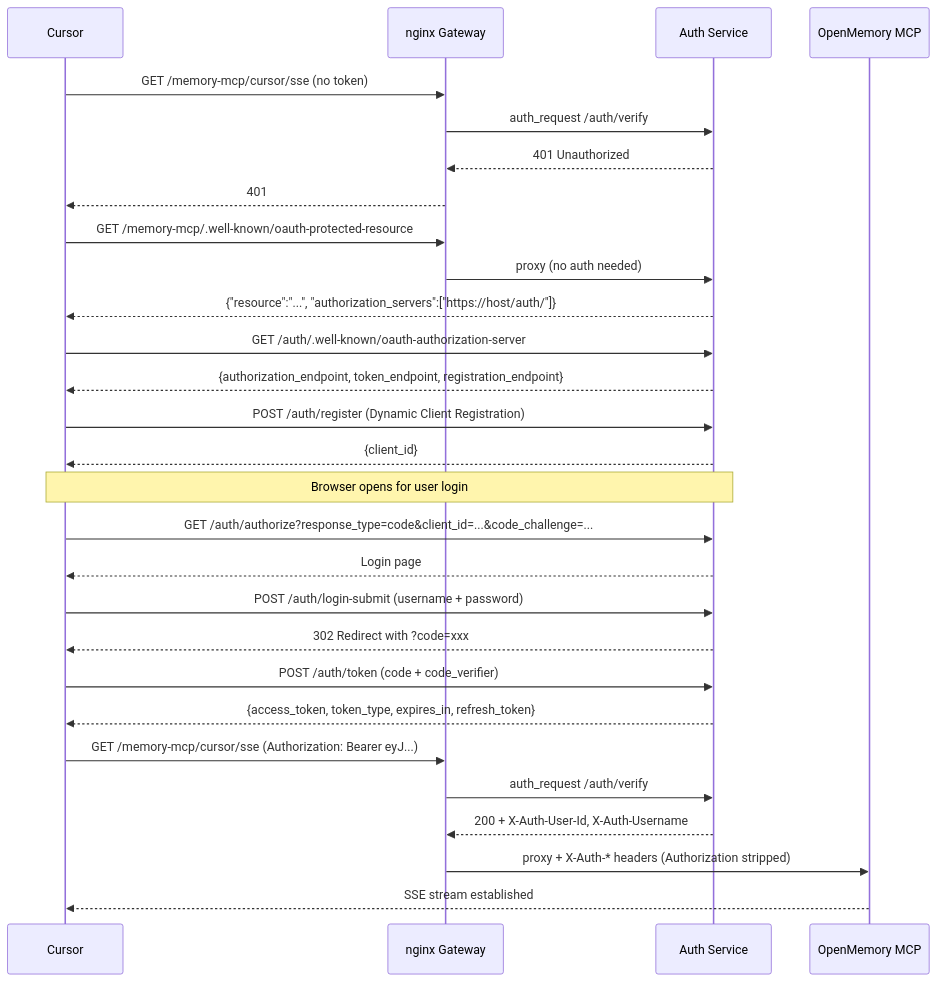
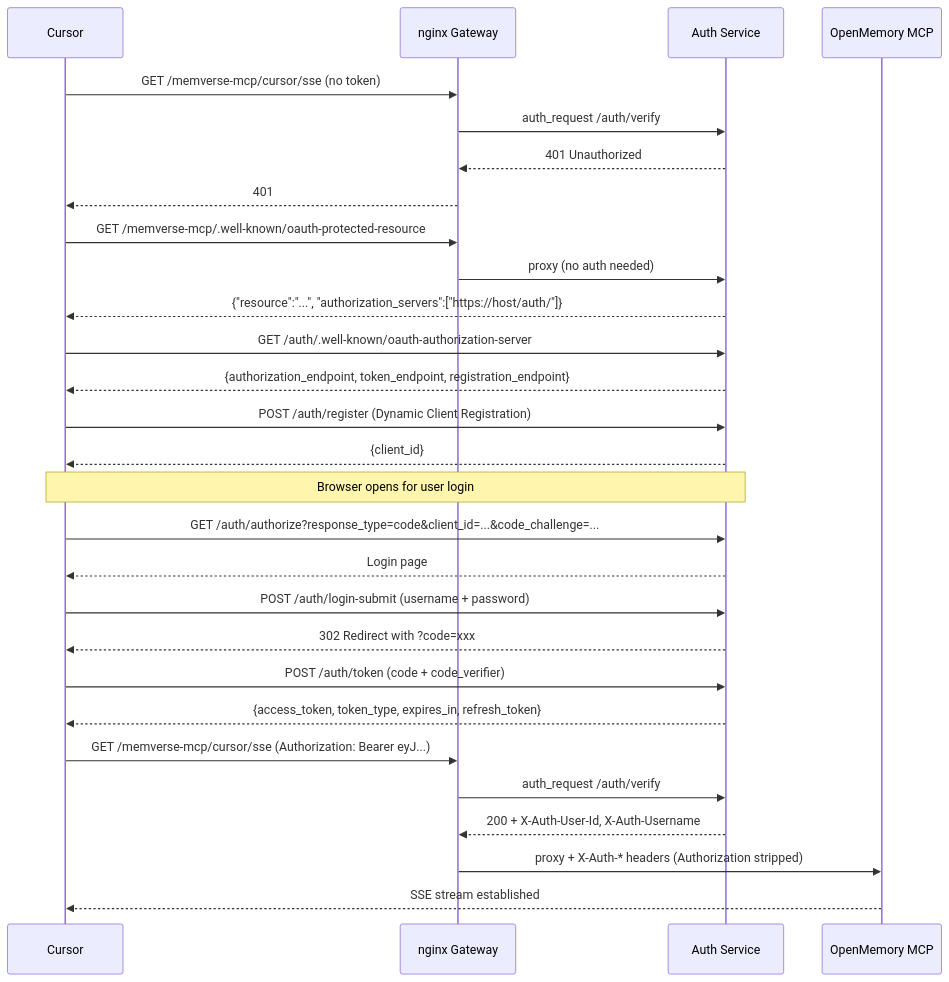
One commit to arthaszeng/mem0 changed the second of 2 diagrams in doc/multi-user-auth-gateway-plan.md. Above: the diagram before and after it, drawn with Mermaid. The commit also changed other lines of this file and 394 other files, not shown here.

First line of the commit message:
feat: rebrand OpenMemory/mem0 to Memverse v2.0.0

````diff
--- a/doc/multi-user-auth-gateway-plan.md
+++ b/doc/multi-user-auth-gateway-plan.md
@@ -77,37 +77,37 @@
 ```mermaid
 sequenceDiagram
     participant C as Cursor
     participant N as nginx Gateway
     participant A as Auth Service
     participant M as OpenMemory MCP
 
-    C->>N: GET /memory-mcp/cursor/sse (no token)
+    C->>N: GET /memverse-mcp/cursor/sse (no token)
     N->>A: auth_request /auth/verify
     A-->>N: 401 Unauthorized
     N-->>C: 401
 
-    C->>N: GET /memory-mcp/.well-known/oauth-protected-resource
+    C->>N: GET /memverse-mcp/.well-known/oauth-protected-resource
     N->>A: proxy (no auth needed)
     A-->>C: {"resource":"...", "authorization_servers":["https://host/auth/"]}
 
     C->>A: GET /auth/.well-known/oauth-authorization-server
     A-->>C: {authorization_endpoint, token_endpoint, registration_endpoint}
 
     C->>A: POST /auth/register (Dynamic Client Registration)
     A-->>C: {client_id}
 
     Note over C,A: Browser opens for user login
     C->>A: GET /auth/authorize?response_type=code&client_id=...&code_challenge=...
     A-->>C: Login page
     C->>A: POST /auth/login-submit (username + password)
     A-->>C: 302 Redirect with ?code=xxx
 
     C->>A: POST /auth/token (code + code_verifier)
     A-->>C: {access_token, token_type, expires_in, refresh_token}
 
-    C->>N: GET /memory-mcp/cursor/sse (Authorization: Bearer eyJ...)
+    C->>N: GET /memverse-mcp/cursor/sse (Authorization: Bearer eyJ...)
     N->>A: auth_request /auth/verify
     A-->>N: 200 + X-Auth-User-Id, X-Auth-Username
     N->>M: proxy + X-Auth-* headers (Authorization stripped)
     M-->>C: SSE stream established
 ```
````
